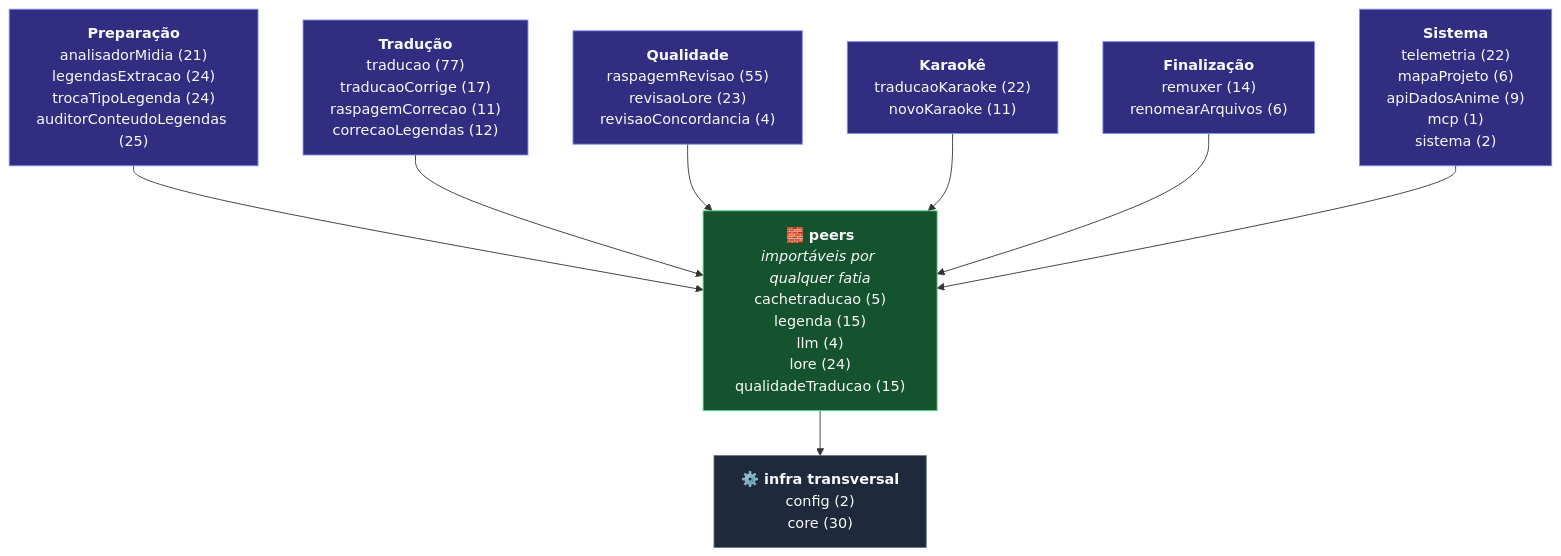
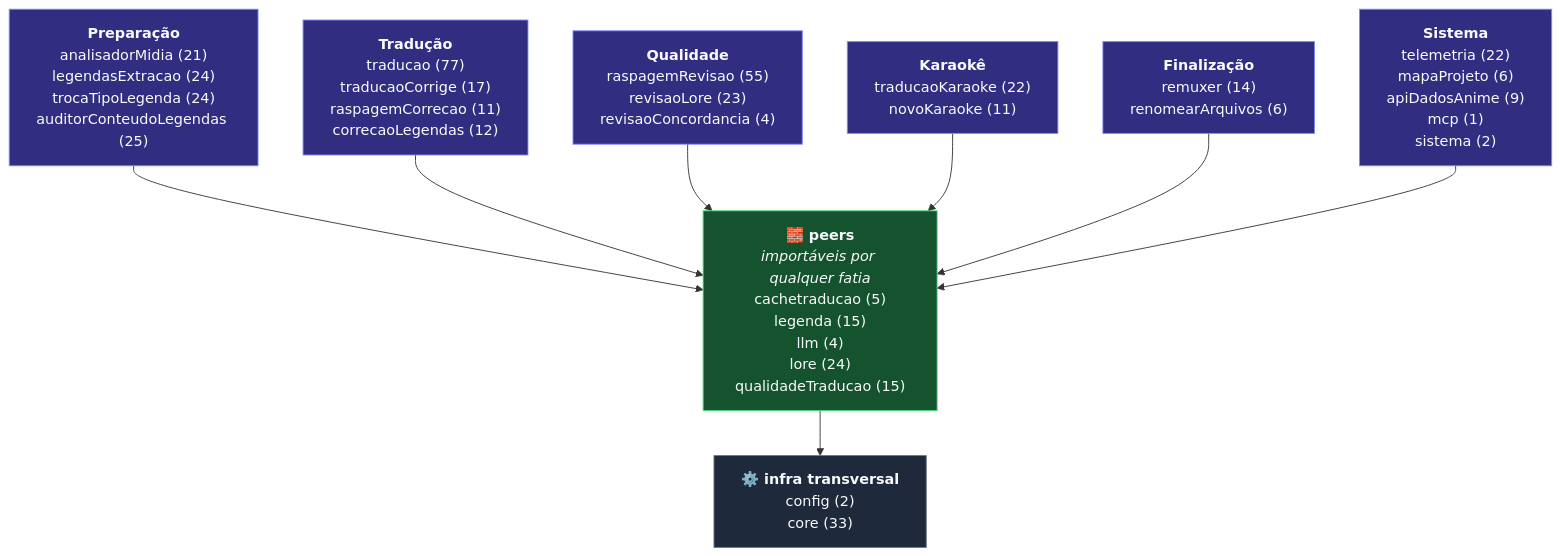
One commit to carmipa/traducao_animes_llm_local_quarkus-1 changed the diagram in docs/ref-esqueleto-projeto.md. Above: the diagram before and after it, drawn with Mermaid. The commit also changed other lines of this file and 8 other files, not shown here.

````diff
--- a/docs/ref-esqueleto-projeto.md
+++ b/docs/ref-esqueleto-projeto.md
@@ -36,21 +36,21 @@
 ```mermaid
 graph TB
     G0["<b>Preparação</b><br/>analisadorMidia (21)<br/>legendasExtracao (24)<br/>trocaTipoLegenda (24)<br/>auditorConteudoLegendas (25)"]:::fatia
     G1["<b>Tradução</b><br/>traducao (77)<br/>traducaoCorrige (17)<br/>raspagemCorrecao (11)<br/>correcaoLegendas (12)"]:::fatia
     G2["<b>Qualidade</b><br/>raspagemRevisao (55)<br/>revisaoLore (23)<br/>revisaoConcordancia (4)"]:::fatia
     G3["<b>Karaokê</b><br/>traducaoKaraoke (22)<br/>novoKaraoke (11)"]:::fatia
     G4["<b>Finalização</b><br/>remuxer (14)<br/>renomearArquivos (6)"]:::fatia
     G5["<b>Sistema</b><br/>telemetria (22)<br/>mapaProjeto (6)<br/>apiDadosAnime (9)<br/>mcp (1)<br/>sistema (2)"]:::fatia
     PEERS["<b>🧱 peers</b><br/><i>importáveis por qualquer fatia</i><br/>cachetraducao (5)<br/>legenda (15)<br/>llm (4)<br/>lore (24)<br/>qualidadeTraducao (15)"]:::peer
-    BASE["<b>⚙️ infra transversal</b><br/>config (2)<br/>core (30)"]:::base
+    BASE["<b>⚙️ infra transversal</b><br/>config (2)<br/>core (33)"]:::base
     G0 --> PEERS
     G1 --> PEERS
     G2 --> PEERS
     G3 --> PEERS
     G4 --> PEERS
     G5 --> PEERS
     PEERS --> BASE
     classDef fatia fill:#312e81,stroke:#818CF8,color:#F9FAFB
     classDef peer fill:#14532d,stroke:#4ADE80,color:#F9FAFB
     classDef base fill:#1e293b,stroke:#6B7280,color:#F9FAFB
 ```
````
